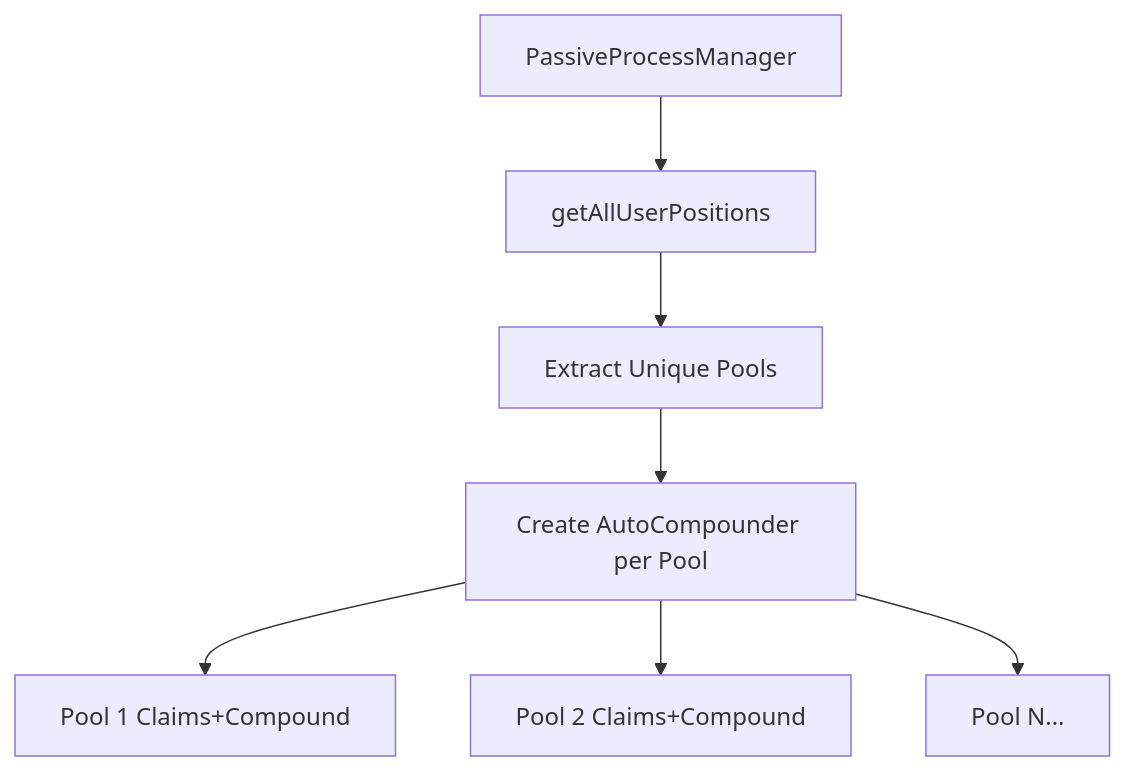
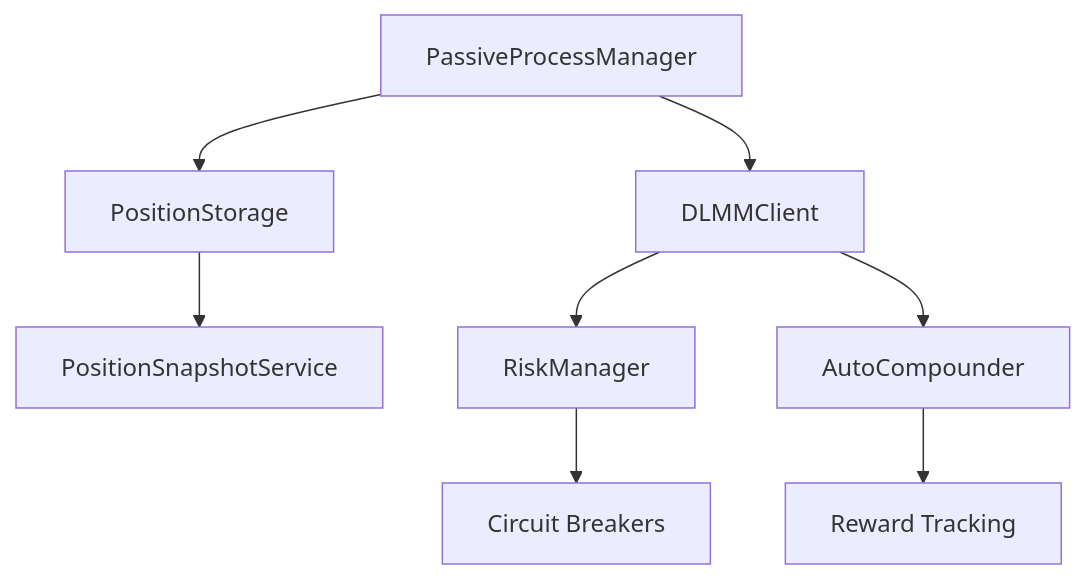
The second of 3 diagrams in strategy/core_strategy.md (brinkgenesis/dlmm), drawn with Mermaid before and after one commit. The commit also changed other lines of this file and 6 other files, not shown here.

Commit message:
created multiple pool initilization and single side pool positions directly from the meteora SDK, same with get all user Positions. changes to auto compounder to use meteora sdk directly. same with passive process.

````diff
--- a/strategy/core_strategy.md
+++ b/strategy/core_strategy.md
@@ -676,9 +575,10 @@
 ```mermaid
 graph TD
-  A[PassiveProcessManager] --> B[getAllUserPositions]
-  B --> C[Extract Unique Pools]
-  C --> D[Create AutoCompounder per Pool]
-  D --> E[Pool 1 Claims+Compound]
-  D --> F[Pool 2 Claims+Compound]
-  D --> G[Pool N...]
+    A[PassiveProcessManager] --> B[PositionStorage]
+    A --> C[DLMMClient]
+    B --> D[PositionSnapshotService]
+    C --> E[RiskManager]
+    C --> F[AutoCompounder]
+    E --> G[Circuit Breakers]
+    F --> H[Reward Tracking]
 ```
````
